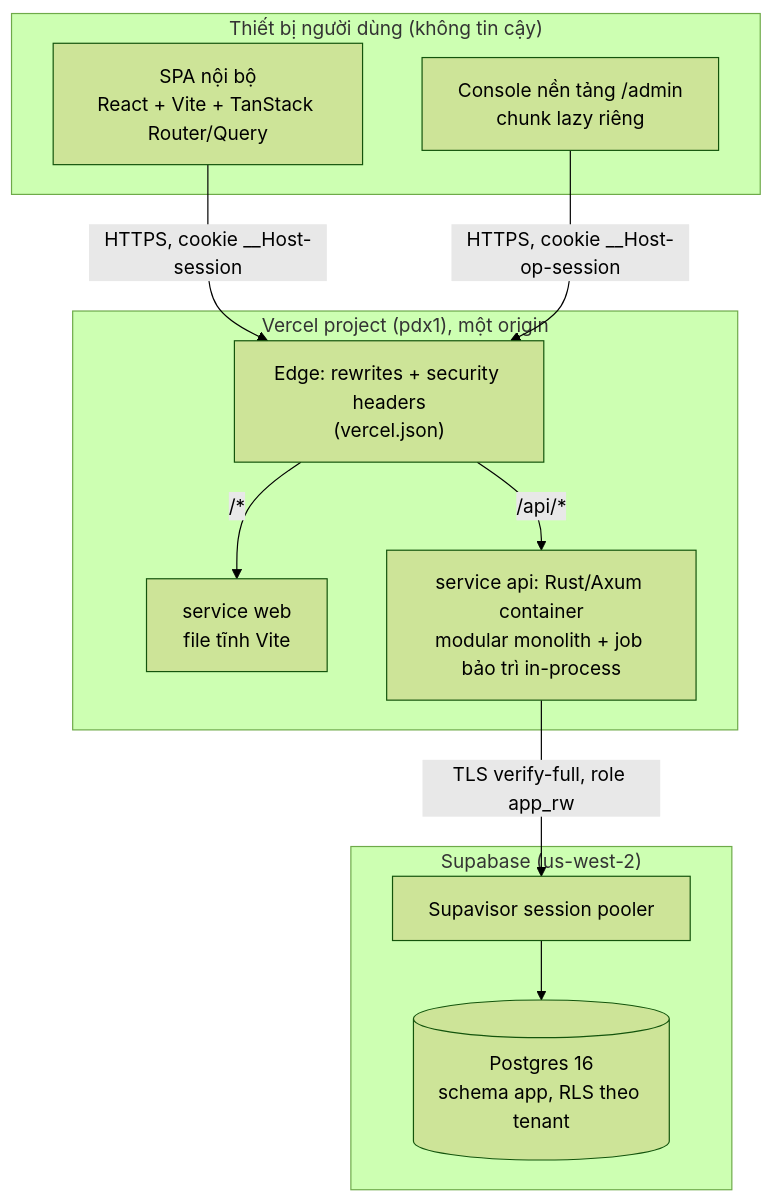
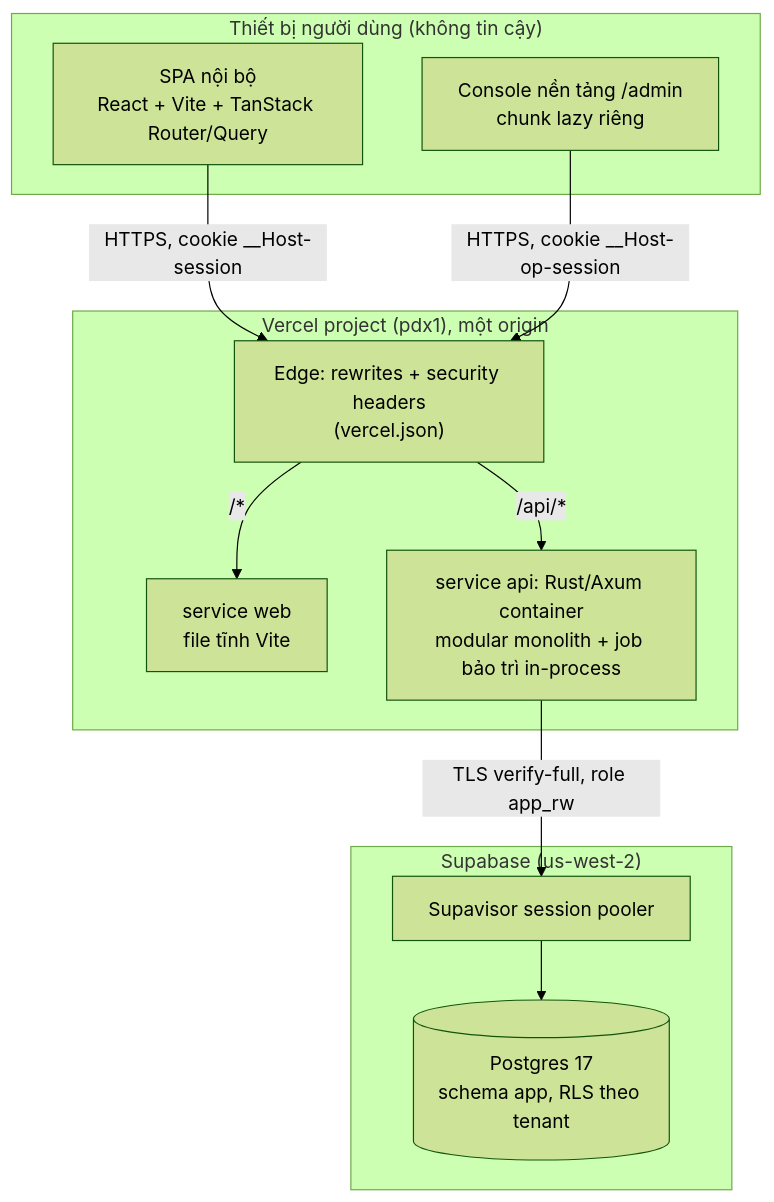
The first of 4 diagrams in docs/system-design.md (hungtruongOwolf/management-platform-for-spa), drawn with Mermaid (forest theme) before and after one commit. The commit also changed 4 other files, not shown here.

````diff
--- a/docs/system-design.md
+++ b/docs/system-design.md
@@ -15,21 +15,21 @@
 ```mermaid
 flowchart TB
   subgraph Client["Thiết bị người dùng (không tin cậy)"]
     spa["SPA nội bộ<br/>React + Vite + TanStack Router/Query"]
     admin["Console nền tảng /admin<br/>chunk lazy riêng"]
   end
   subgraph Vercel["Vercel project (pdx1), một origin"]
     edge["Edge: rewrites + security headers<br/>(vercel.json)"]
     web["service web<br/>file tĩnh Vite"]
     api["service api: Rust/Axum container<br/>modular monolith + job bảo trì in-process"]
   end
   subgraph Supabase["Supabase (us-west-2)"]
     pooler["Supavisor session pooler"]
-    db[("Postgres 16<br/>schema app, RLS theo tenant")]
+    db[("Postgres 17<br/>schema app, RLS theo tenant")]
   end
   spa -- "HTTPS, cookie __Host-session" --> edge
   admin -- "HTTPS, cookie __Host-op-session" --> edge
   edge -- "/*" --> web
   edge -- "/api/*" --> api
   api -- "TLS verify-full, role app_rw" --> pooler --> db
 ```
````
